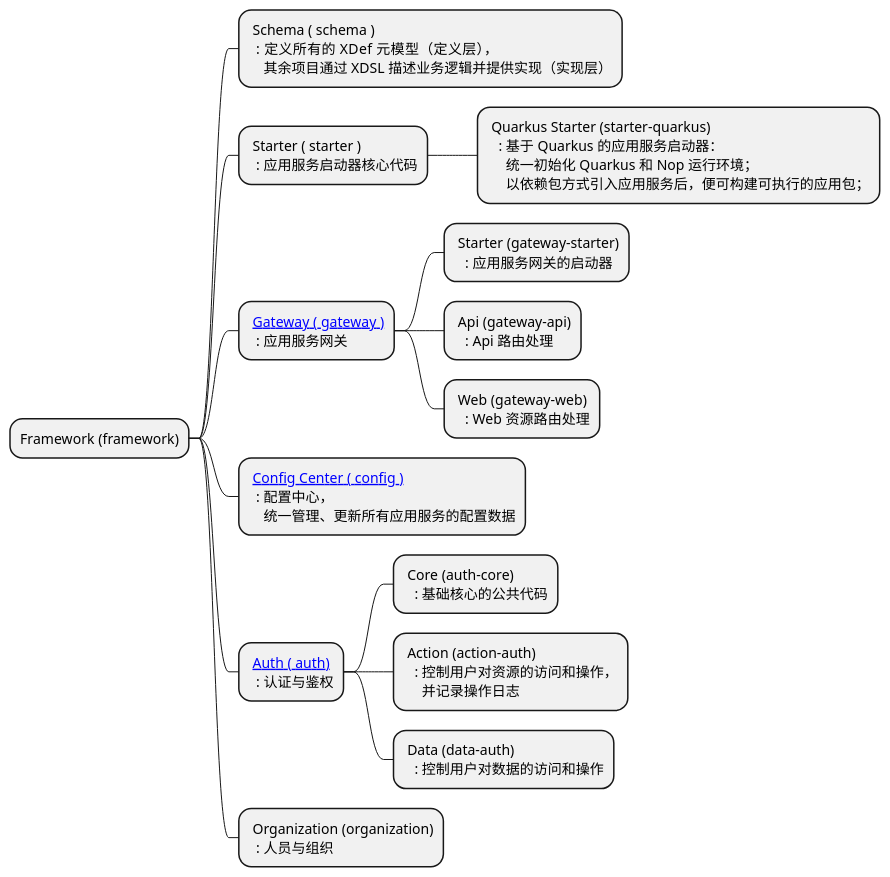
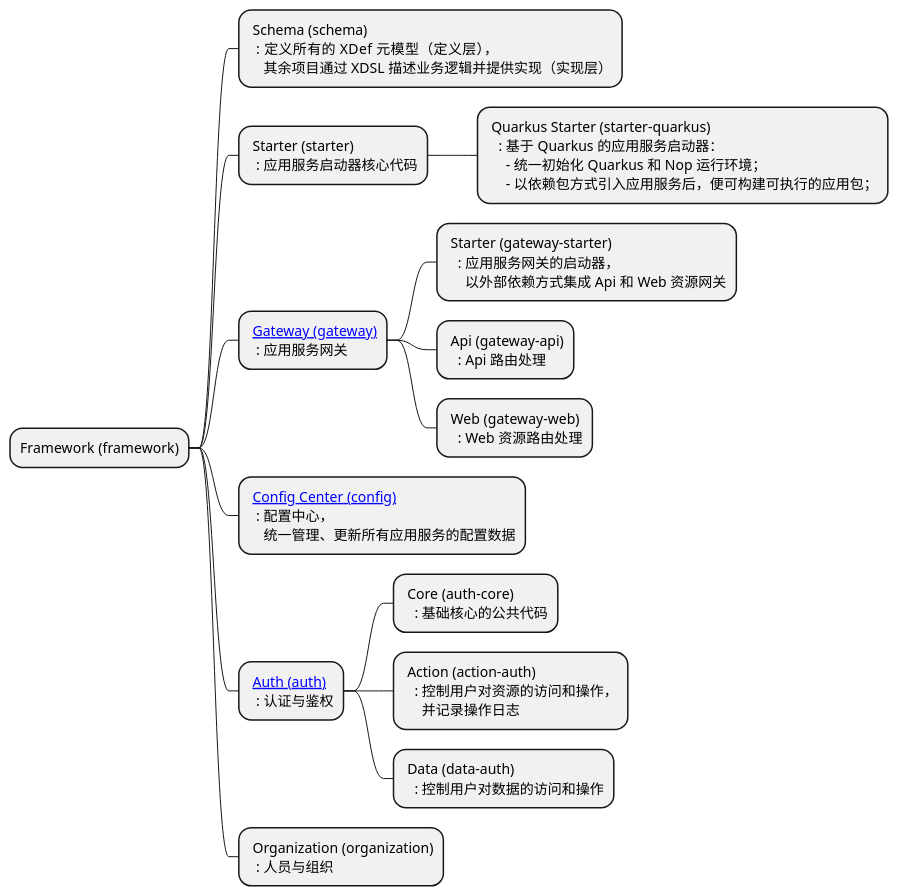
One commit to crazydan-studio/duzhou.crazydan.io changed the diagram in docs/100.platform/100.development/200.framework/500.backend/index.md. Above: the diagram before and after it, drawn with PlantUML.

````diff
--- a/docs/100.platform/100.development/200.framework/500.backend/index.md
+++ b/docs/100.platform/100.development/200.framework/500.backend/index.md
@@ -12,42 +12,43 @@
 ```plantuml
 @startmindmap
 * Framework (framework)
 
-**: Schema ( schema )
+**: Schema (schema)
   : 定义所有的 XDef 元模型（定义层），
     其余项目通过 XDSL 描述业务逻辑并提供实现（实现层）;
 
-**: Starter ( starter )
+**: Starter (starter)
   : 应用服务启动器核心代码;
 ***: Quarkus Starter (starter-quarkus)
    : 基于 Quarkus 的应用服务启动器：
-     统一初始化 Quarkus 和 Nop 运行环境；
-     以依赖包方式引入应用服务后，便可构建可执行的应用包；;
+     - 统一初始化 Quarkus 和 Nop 运行环境；
+     - 以依赖包方式引入应用服务后，便可构建可执行的应用包；;
 
-**: [[./gateway Gateway ( gateway )]]
+**: [[./gateway Gateway (gateway)]]
   : 应用服务网关;
 ***: Starter (gateway-starter)
-   : 应用服务网关的启动器;
+   : 应用服务网关的启动器，
+     以外部依赖方式集成 Api 和 Web 资源网关;
 ***: Api (gateway-api)
    : Api 路由处理;
 ***: Web (gateway-web)
    : Web 资源路由处理;
 
-**: [[./config Config Center ( config )]]
+**: [[./config Config Center (config)]]
   : 配置中心，
     统一管理、更新所有应用服务的配置数据;
 
-**: [[./auth Auth ( auth)]]
+**: [[./auth Auth (auth)]]
   : 认证与鉴权;
 ***: Core (auth-core)
    : 基础核心的公共代码;
 ***: Action (action-auth)
    : 控制用户对资源的访问和操作，
      并记录操作日志;
 ***: Data (data-auth)
    : 控制用户对数据的访问和操作;
 
 **: Organization (organization)
   : 人员与组织;
 @endmindmap
 ```
````
